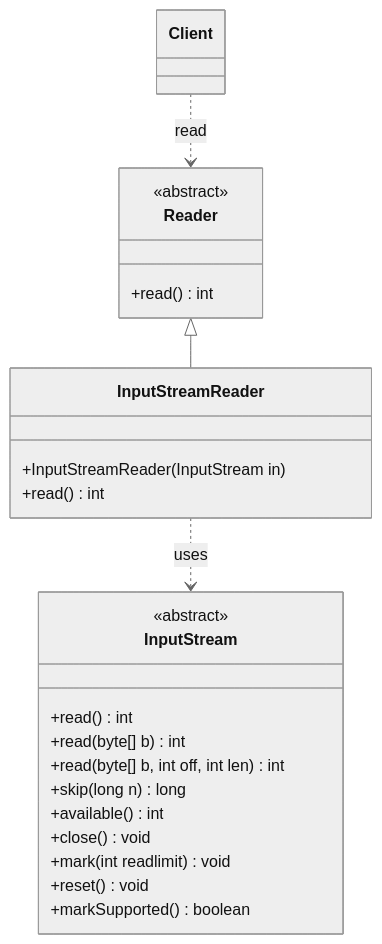
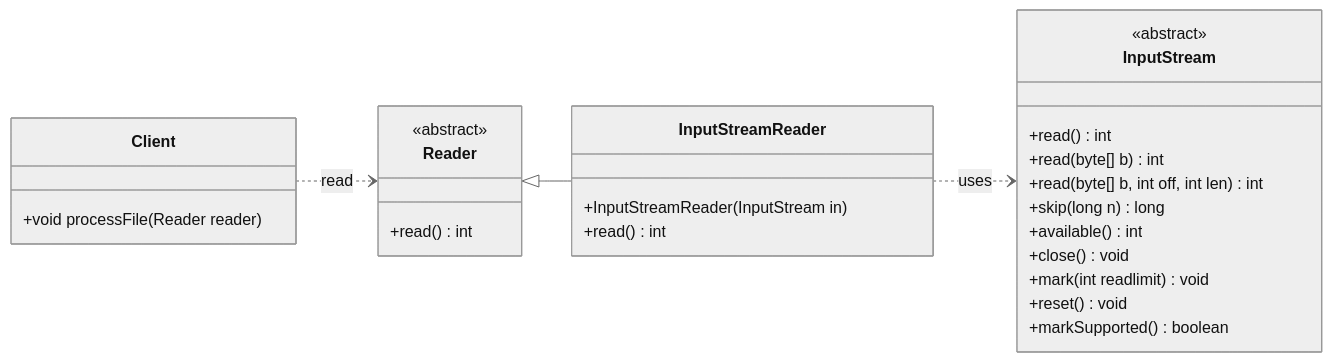
Before and after one commit to nlhsueh/teach_sw_fw: the diagram in Part5_PatternStructure/ch14_adaptor.md, drawn with Mermaid (neutral theme). The commit also changed other lines of this file and 1 other file, not shown here.

````diff
--- a/Part5_PatternStructure/ch14_adaptor.md
+++ b/Part5_PatternStructure/ch14_adaptor.md
@@ -81,26 +81,30 @@
 ```mermaid
 classDiagram
+    direction LR
+    class Client {
+        +void processFile(Reader reader)
+    }
     class Reader {
         <<abstract>>
         +read() int
     }
     class InputStreamReader {
         +InputStreamReader(InputStream in)
         +read() int
     }
     class InputStream {
         <<abstract>>
         +read() int
         +read(byte[] b) int
         +read(byte[] b, int off, int len) int
         +skip(long n) long
         +available() int
         +close() void
         +mark(int readlimit) void
         +reset() void
         +markSupported() boolean
     }
     Reader <|-- InputStreamReader
     InputStreamReader ..> InputStream : uses
     Client ..> Reader : read
 ```
````
